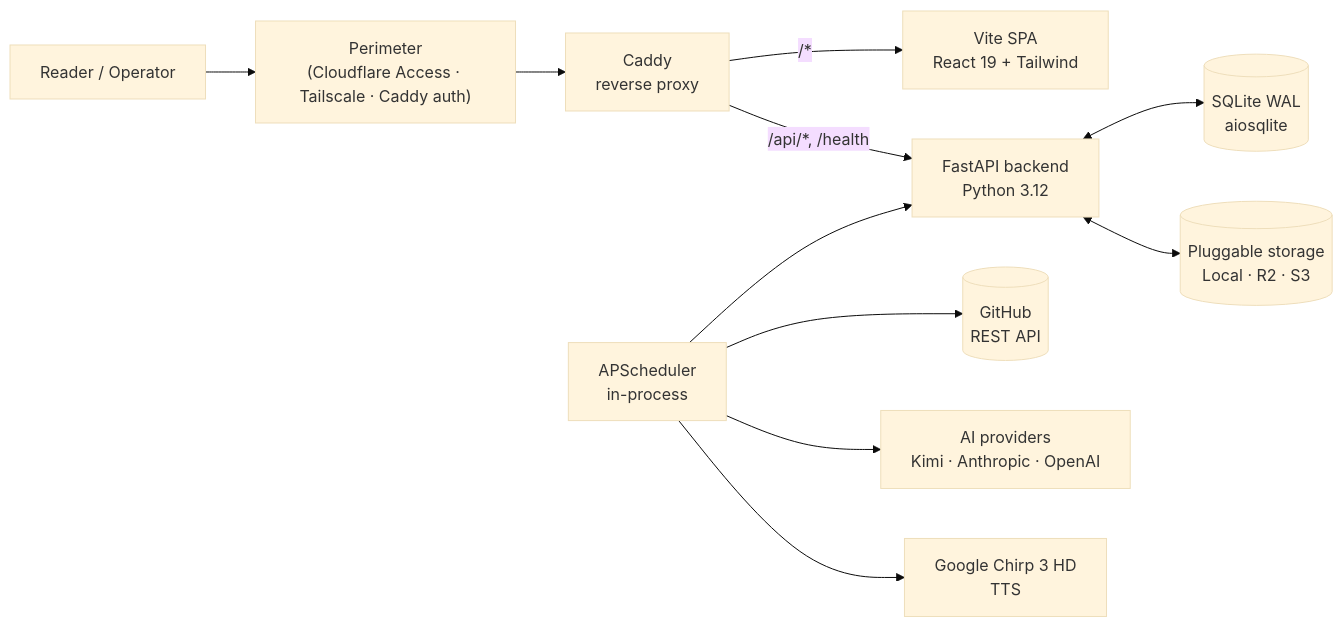
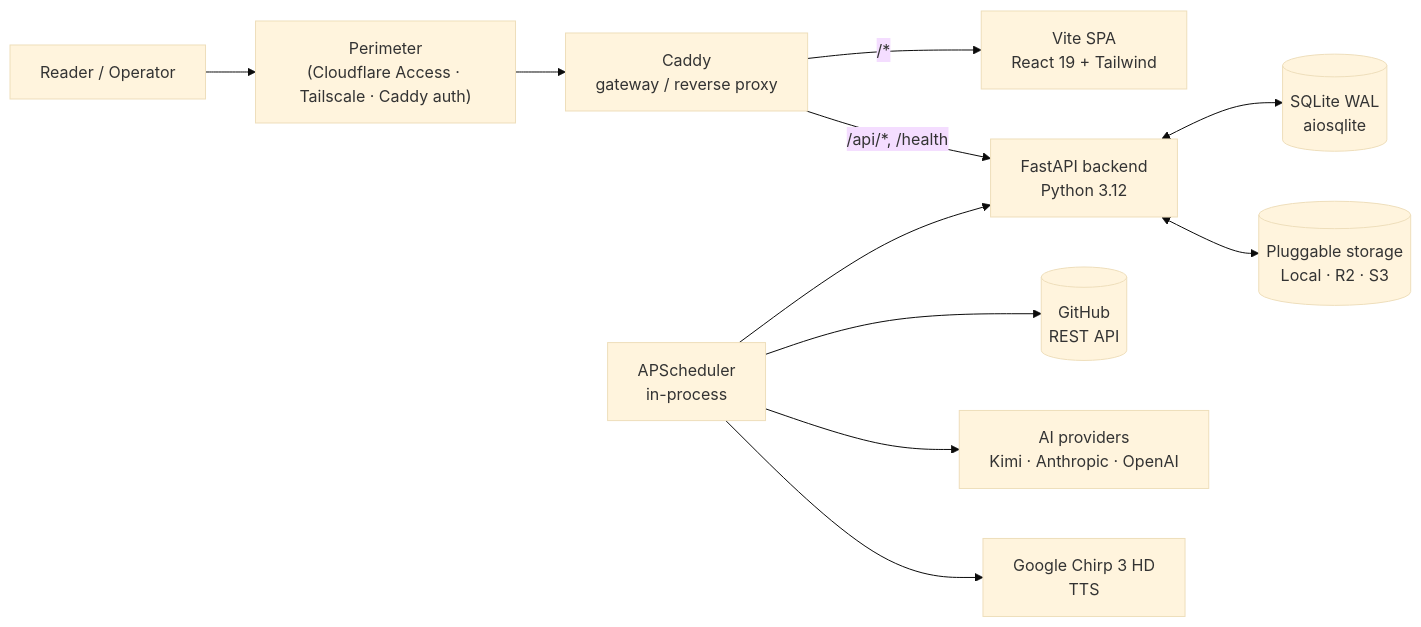
Before and after one commit to markdavidgan/dispatch: the diagram in docs/architecture/README.md, drawn with Mermaid (base theme). The commit also changed other lines of this file and 2 other files, not shown here.

Commit message:
docs(architecture): clarify Caddy's role as the gateway
Add explicit documentation that Caddy is the single entry point for all
external traffic in the all-in-one deployment. The backend has no published
ports and is only reachable through Caddy. This makes the gateway pattern
clear and explains why switching frontend frameworks (e.g. Next.js) does not
eliminate the need for API request routing.

- ARCHITECTURE.md: add 'Caddy as the gateway' subsection
- DEPLOYMENT.md: bold callout on backend being unpublished
- README.md: update diagram label and north-star invariant

````diff
--- a/docs/architecture/README.md
+++ b/docs/architecture/README.md
@@ -34,24 +36,24 @@
 ```mermaid
 flowchart LR
     user["Reader / Operator"]
     perimeter["Perimeter<br/>(Cloudflare Access · Tailscale · Caddy auth)"]
-    caddy["Caddy<br/>reverse proxy"]
+    caddy["Caddy<br/>gateway / reverse proxy"]
     spa["Vite SPA<br/>React 19 + Tailwind"]
     api["FastAPI backend<br/>Python 3.12"]
     db[("SQLite WAL<br/>aiosqlite")]
     sched["APScheduler<br/>in-process"]
     storage[("Pluggable storage<br/>Local · R2 · S3")]
     github[("GitHub<br/>REST API")]
     ai["AI providers<br/>Kimi · Anthropic · OpenAI"]
     tts["Google Chirp 3 HD<br/>TTS"]
 
     user --> perimeter --> caddy
     caddy -->|"/*"| spa
     caddy -->|"/api/*, /health"| api
     api <--> db
     api <--> storage
     sched --> api
     sched --> github
     sched --> ai
     sched --> tts
 ```
````
